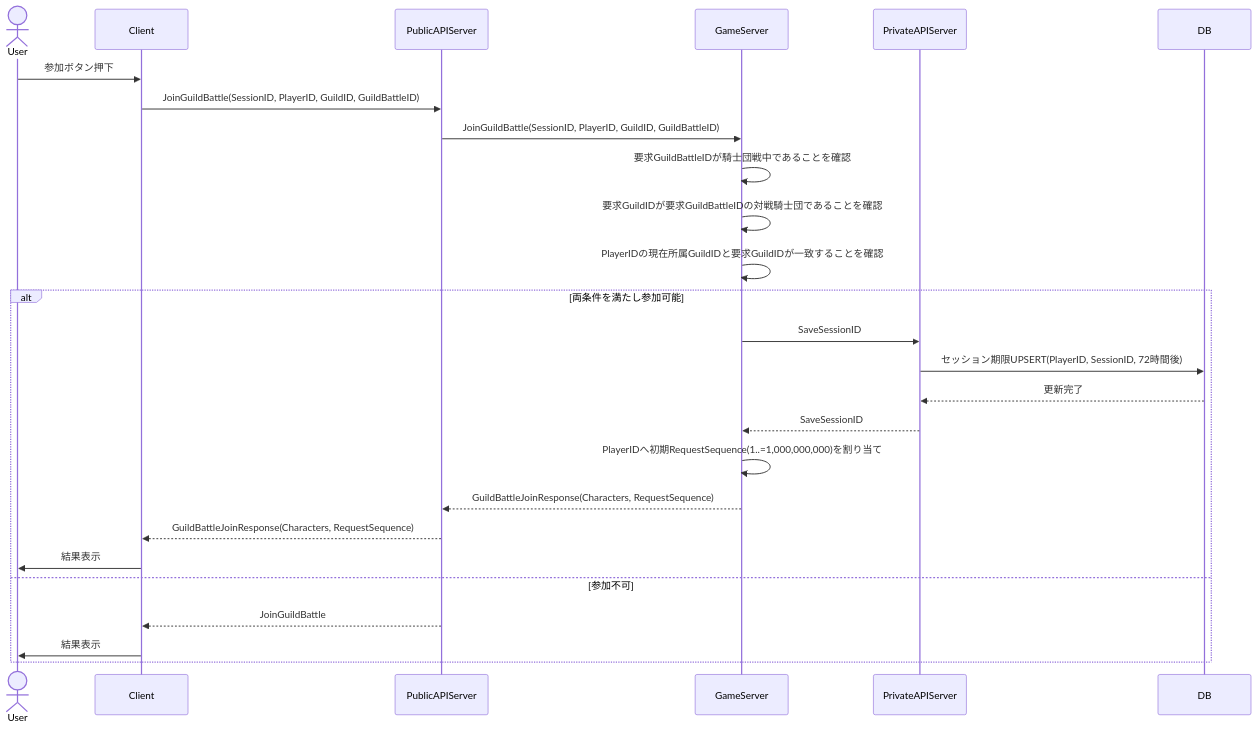
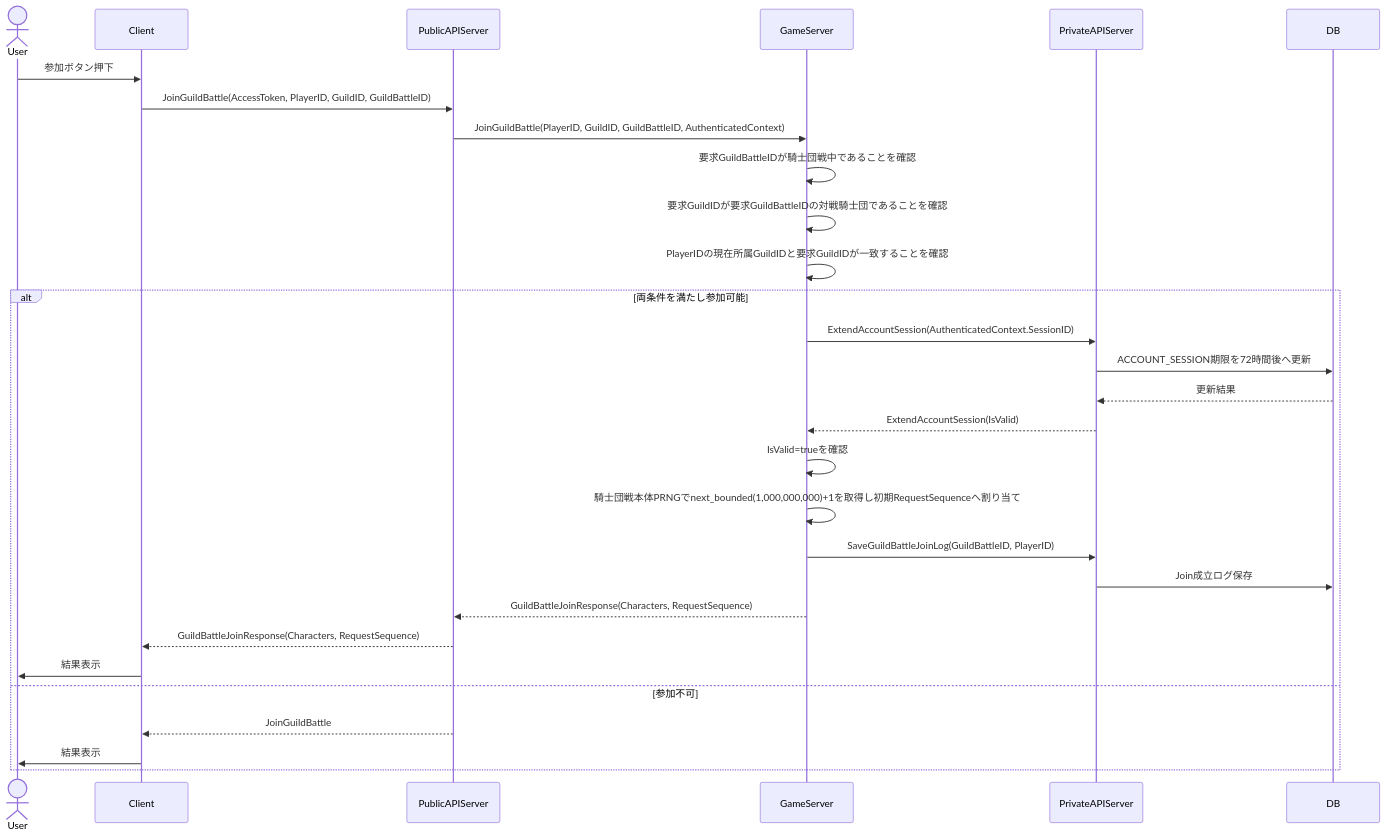
One commit to ReHydrangeaOdyssey/Specifications changed the fifth of 16 diagrams in design/guild_battle.md. Above: the diagram before and after it, drawn with Mermaid. The commit also changed other lines of this file and 18 other files, not shown here.

````diff
--- a/design/guild_battle.md
+++ b/design/guild_battle.md
@@ -141,31 +141,34 @@
 ```mermaid
 sequenceDiagram
     actor User
     participant Client
     participant PublicAPIServer
     participant GameServer
     participant PrivateAPIServer
     participant DB
 
     User ->> Client: 参加ボタン押下
-    Client ->> PublicAPIServer: JoinGuildBattle(SessionID, PlayerID, GuildID, GuildBattleID)
-    PublicAPIServer ->> GameServer: JoinGuildBattle(SessionID, PlayerID, GuildID, GuildBattleID)
+    Client ->> PublicAPIServer: JoinGuildBattle(AccessToken, PlayerID, GuildID, GuildBattleID)
+    PublicAPIServer ->> GameServer: JoinGuildBattle(PlayerID, GuildID, GuildBattleID, AuthenticatedContext)
     GameServer ->> GameServer: 要求GuildBattleIDが騎士団戦中であることを確認
     GameServer ->> GameServer: 要求GuildIDが要求GuildBattleIDの対戦騎士団であることを確認
     GameServer ->> GameServer: PlayerIDの現在所属GuildIDと要求GuildIDが一致することを確認
 
     alt 両条件を満たし参加可能
-        GameServer ->> PrivateAPIServer: SaveSessionID
-        PrivateAPIServer ->> DB: セッション期限UPSERT(PlayerID, SessionID, 72時間後)
-        DB -->> PrivateAPIServer: 更新完了
-        PrivateAPIServer -->> GameServer: SaveSessionID
-        GameServer->>GameServer: PlayerIDへ初期RequestSequence(1..=1,000,000,000)を割り当て
+        GameServer ->> PrivateAPIServer: ExtendAccountSession(AuthenticatedContext.SessionID)
+        PrivateAPIServer ->> DB: ACCOUNT_SESSION期限を72時間後へ更新
+        DB -->> PrivateAPIServer: 更新結果
+        PrivateAPIServer -->> GameServer: ExtendAccountSession(IsValid)
+        GameServer->>GameServer: IsValid=trueを確認
+        GameServer->>GameServer: 騎士団戦本体PRNGでnext_bounded(1,000,000,000)+1を取得し初期RequestSequenceへ割り当て
+        GameServer->>PrivateAPIServer: SaveGuildBattleJoinLog(GuildBattleID, PlayerID)
+        PrivateAPIServer->>DB: Join成立ログ保存
         GameServer -->> PublicAPIServer: GuildBattleJoinResponse(Characters, RequestSequence)
         PublicAPIServer -->> Client: GuildBattleJoinResponse(Characters, RequestSequence)
         Client ->> User: 結果表示
     else 参加不可
         PublicAPIServer -->> Client: JoinGuildBattle
         Client ->> User: 結果表示
     end
 
 ```
````
